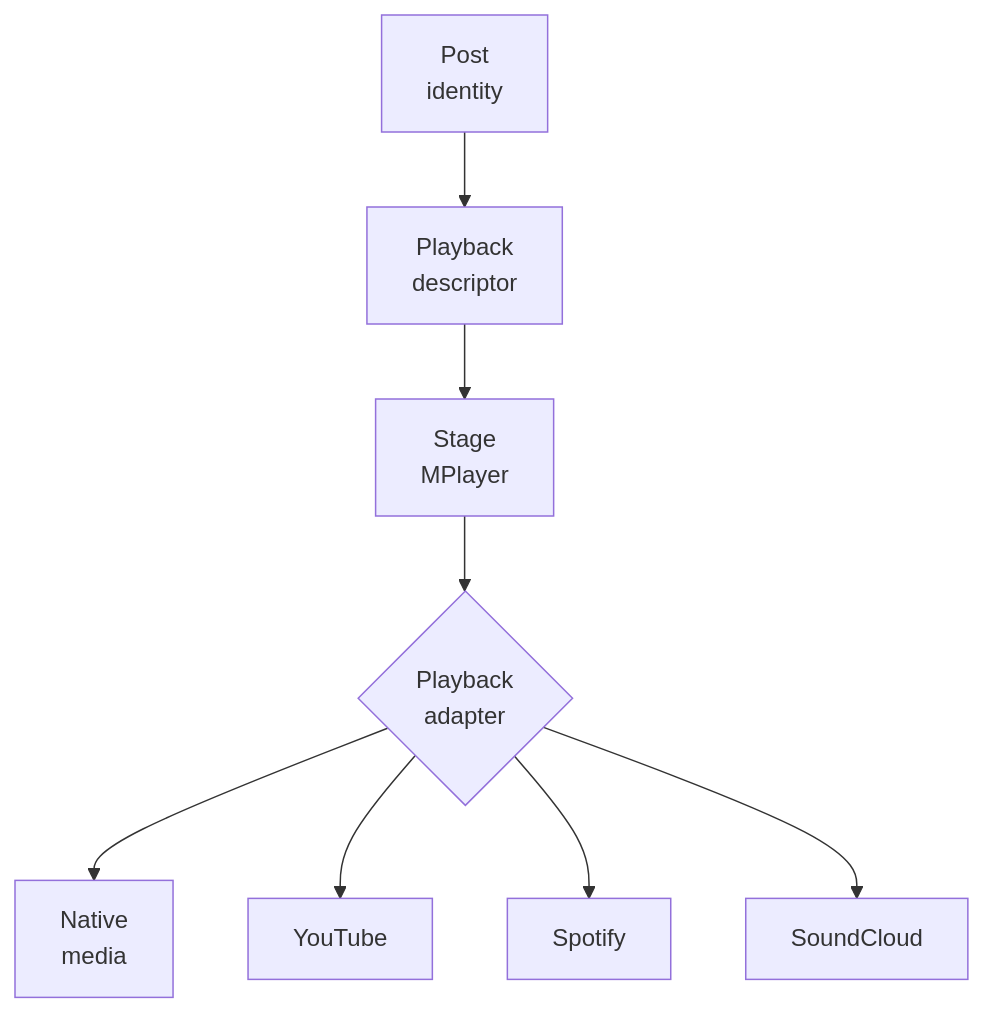
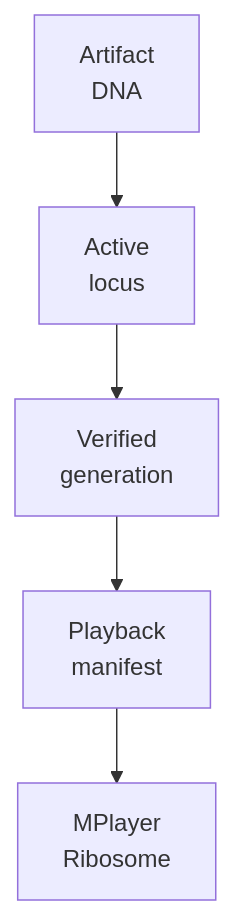
The third of 4 diagrams in docs/player/MPLAYER.md (wilderruiz/millenova-project), drawn with Mermaid before and after one commit. The commit also changed other lines of this file, not shown here.

Commit message:
docs: realign MPlayer with native Stage and provider-scoped Stage families

````diff
--- a/docs/player/MPLAYER.md
+++ b/docs/player/MPLAYER.md
@@ -18,10 +69,7 @@
 ```mermaid
 flowchart TD
-    POST["Post<br/>identity"] --> DESC["Playback<br/>descriptor"]
-    DESC --> PLAYER["Stage<br/>MPlayer"]
-    PLAYER --> ADAPTER{"Playback<br/>adapter"}
-    ADAPTER --> NATIVE["Native<br/>media"]
-    ADAPTER --> YT["YouTube"]
-    ADAPTER --> SP["Spotify"]
-    ADAPTER --> SC["SoundCloud"]
+    DNA["Artifact<br/>DNA"] --> LOCUS["Active<br/>locus"]
+    LOCUS --> GEN["Verified<br/>generation"]
+    GEN --> MRNA["Playback<br/>manifest"]
+    MRNA --> PLAYER["MPlayer<br/>Ribosome"]
 ```
````
